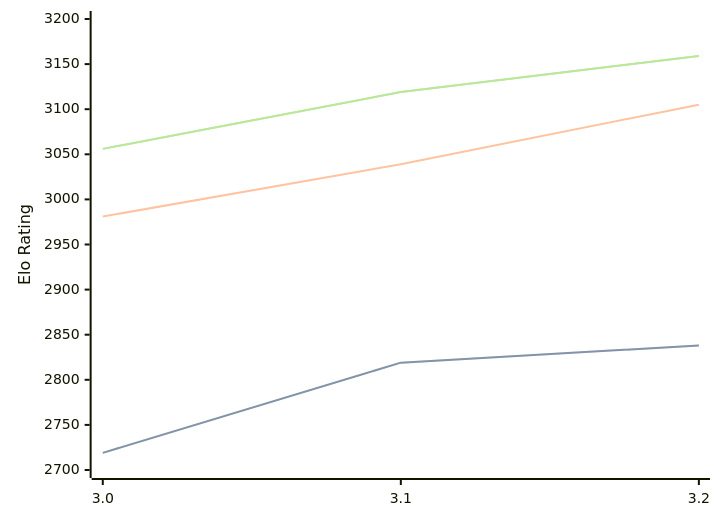
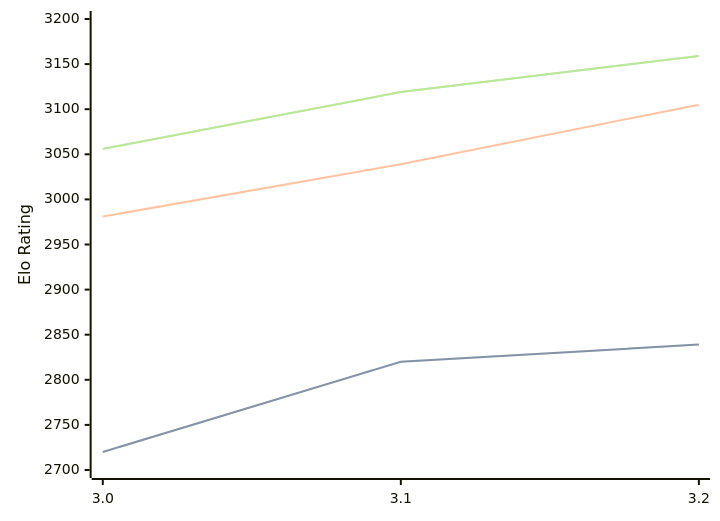
Before and after one commit to computer-chess-index/cci: the diagram in engines/Vajolet2.md, drawn with Mermaid. The commit also changed other lines of this file, not shown here.

````diff
--- a/engines/Vajolet2.md
+++ b/engines/Vajolet2.md
@@ -41,11 +41,11 @@
 ```mermaid
 %%{init: {"theme":"base","themeVariables":{"seriesColors:['#a3a3a3','#222221','#faa371']}}}%%
 xychart-beta
   x-axis ["3.0", "3.1", "3.2"]
   y-axis "Elo Rating" 2700 --> 3200
-  line "STC (8.0+0.08s)" [2719, 2819, 2838]
-  line "STC (8.0+0.08s)" [2719, 2819, 2838]
+  line "STC (8.0+0.08s)" [2720, 2820, 2839]
+  line "STC (8.0+0.08s)" [2720, 2820, 2839]
   line "LTC (60.0+0.60s)" [2981, 3039, 3105]
   line "VLTC (2m24s+1.12s)" [3056, 3119, 3159]
   line "VLTC (2m24s+1.12s)" [3056, 3119, 3159]
 ```
````
